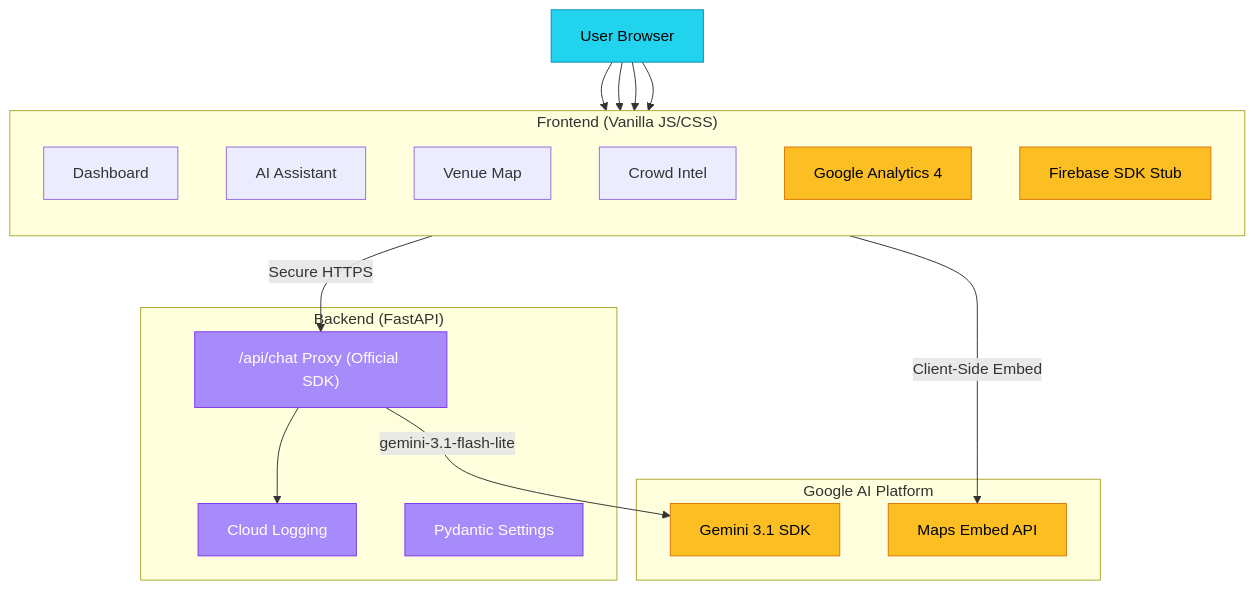
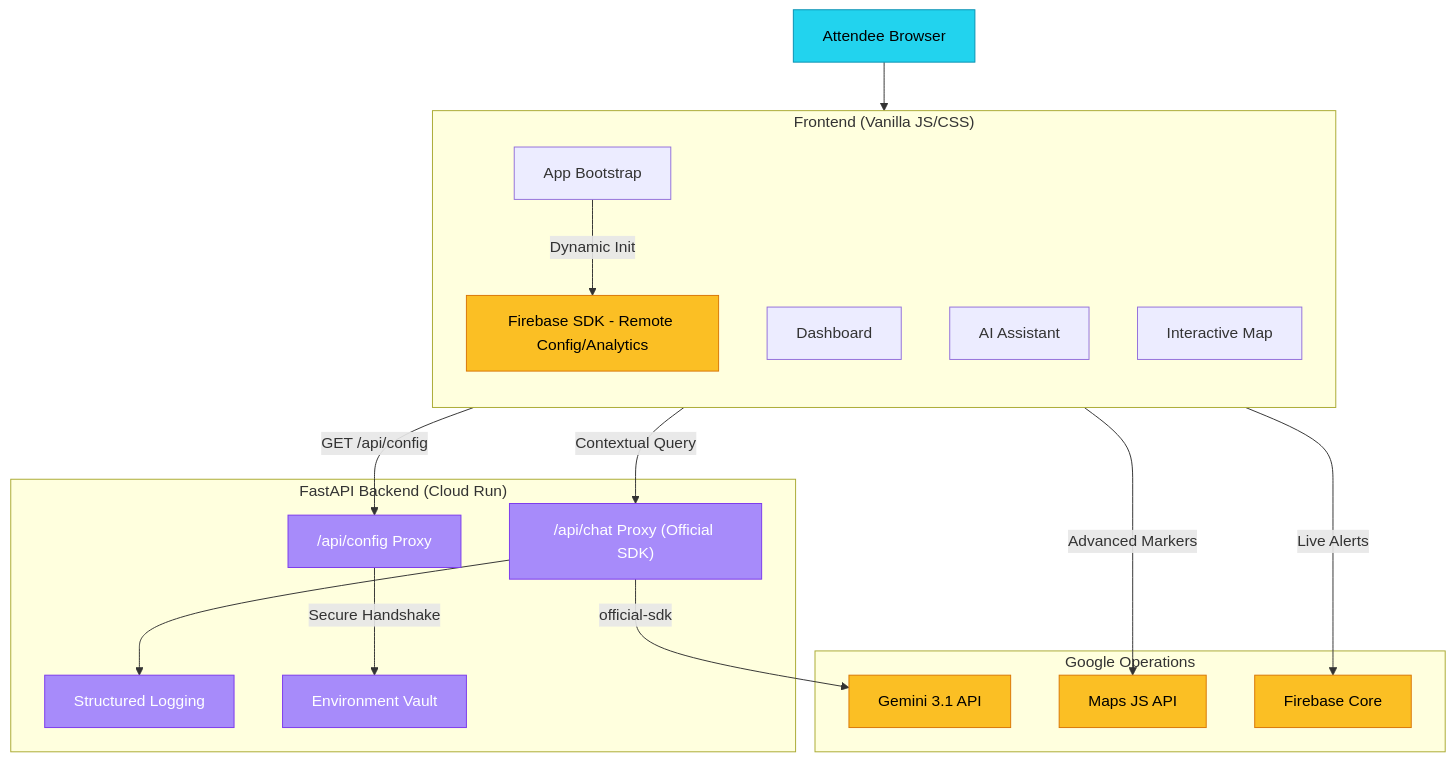
One commit to monkey9-Cyber-cat-Spidy/PromptWars changed the diagram in README.md. Above: the diagram before and after it, drawn with Mermaid. The commit also changed other lines of this file, not shown here.

````diff
--- a/README.md
+++ b/README.md
@@ -28,38 +24,40 @@
 ```mermaid
 graph TD
     classDef browser fill:#22d3ee,stroke:#0891b2,color:#000
     classDef server fill:#a78bfa,stroke:#7c3aed,color:#fff
     classDef google fill:#fbbf24,stroke:#d97706,color:#000
 
-    U[User Browser]:::browser
+    U[Attendee Browser]:::browser
     
     subgraph SPA ["Frontend (Vanilla JS/CSS)"]
         direction TB
+        Init["App Bootstrap"]
         D[Dashboard]
         A[AI Assistant]
-        M[Venue Map]
-        C[Crowd Intel]
-        GTAG[Google Analytics 4]:::google
-        FIRE[Firebase SDK Stub]:::google
+        M[Interactive Map]
+        FB[Firebase SDK - Remote Config/Analytics]:::google
     end
 
-    subgraph Proxy ["Backend (FastAPI)"]
-        F["/api/chat Proxy (Official SDK)"]:::server
-        LOG["Cloud Logging"]:::server
-        PYD["Pydantic Settings"]:::server
+    subgraph Backend ["FastAPI Backend (Cloud Run)"]
+        PROXY["/api/config Proxy"]:::server
+        CHAT["/api/chat Proxy (Official SDK)"]:::server
+        LOGS["Structured Logging"]:::server
+        ENV["Environment Vault"]:::server
     end
 
-    subgraph GoogleAI ["Google AI Platform"]
-        G["Gemini 3.1 SDK"]:::google
-        GM["Maps Embed API"]:::google
+    subgraph Ecosystem ["Google Operations"]
+        GEM["Gemini 3.1 API"]:::google
+        MAPS["Maps JS API"]:::google
+        FIRE["Firebase Core"]:::google
     end
 
-    U --> D
-    U --> A
-    A -- "Secure HTTPS" --> F
-    F -- "gemini-3.1-flash-lite" --> G
-    M -- "Client-Side Embed" --> GM
-    U --> GTAG
-    U --> FIRE
-    F --> LOG
+    U --> Init
+    Init -- "GET /api/config" --> PROXY
+    PROXY -- "Secure Handshake" --> ENV
+    Init -- "Dynamic Init" --> FB
+    A -- "Contextual Query" --> CHAT
+    CHAT -- "official-sdk" --> GEM
+    M -- "Advanced Markers" --> MAPS
+    FB -- "Live Alerts" --> FIRE
+    CHAT --> LOGS
 ```
````
